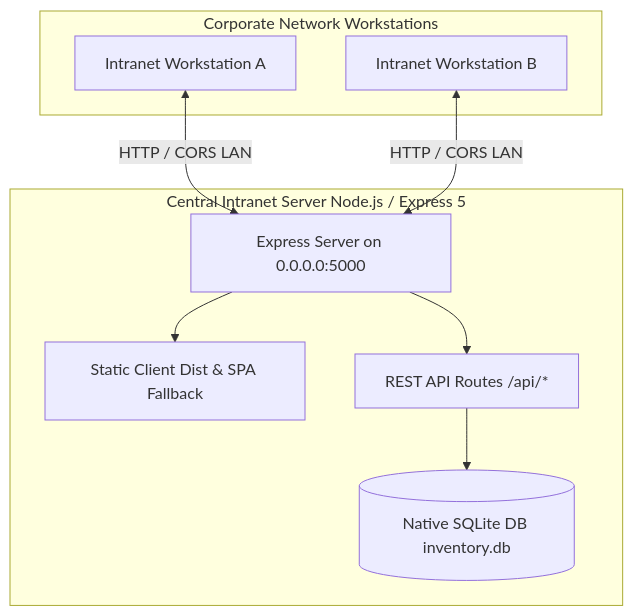
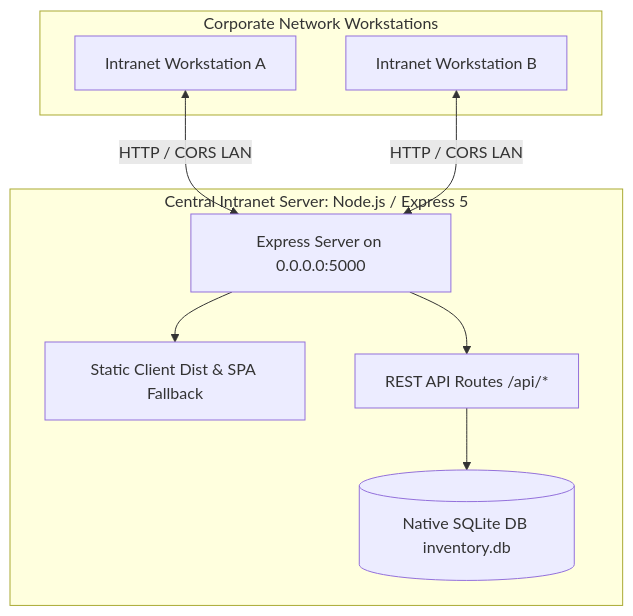
The first of 2 diagrams in Technical Specification.md (SDSAJames/Inventory-Management-Software), drawn with Mermaid before and after one commit. The commit also changed other lines of this file and 1 other file, not shown here.

Commit message:
fix Mermaid syntax error

````diff
--- a/Technical Specification.md
+++ b/Technical Specification.md
@@ -19,20 +19,20 @@
 ```mermaid
 graph TD
-    subgraph Corporate Network Workstations
-        ClientA[Intranet Workstation A]
-        ClientB[Intranet Workstation B]
+    subgraph Corporate Network Workstations ["Corporate Network Workstations"]
+        ClientA["Intranet Workstation A"]
+        ClientB["Intranet Workstation B"]
     end
 
-    subgraph Central Intranet Server Node.js / Express 5
-        Server[Express Server on 0.0.0.0:5000]
-        SPAFallback[Static Client Dist & SPA Fallback]
-        APIRouter[REST API Routes /api/*]
-        SQLite[(Native SQLite DB inventory.db)]
+    subgraph CentralServerTier ["Central Intranet Server: Node.js / Express 5"]
+        Server["Express Server on 0.0.0.0:5000"]
+        SPAFallback["Static Client Dist & SPA Fallback"]
+        APIRouter["REST API Routes /api/*"]
+        SQLite[("Native SQLite DB inventory.db")]
     end
 
     ClientA <-->|HTTP / CORS LAN| Server
     ClientB <-->|HTTP / CORS LAN| Server
     Server --> SPAFallback
     Server --> APIRouter
     APIRouter --> SQLite
 ```
````
